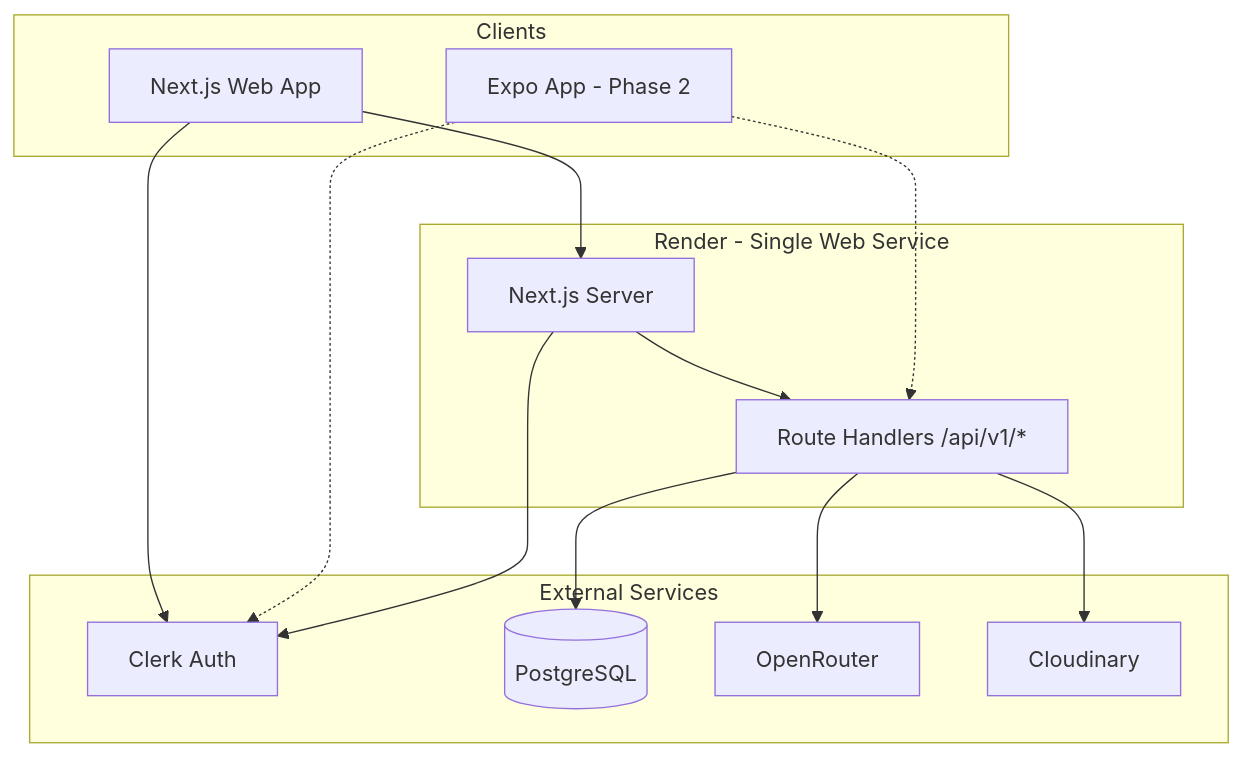
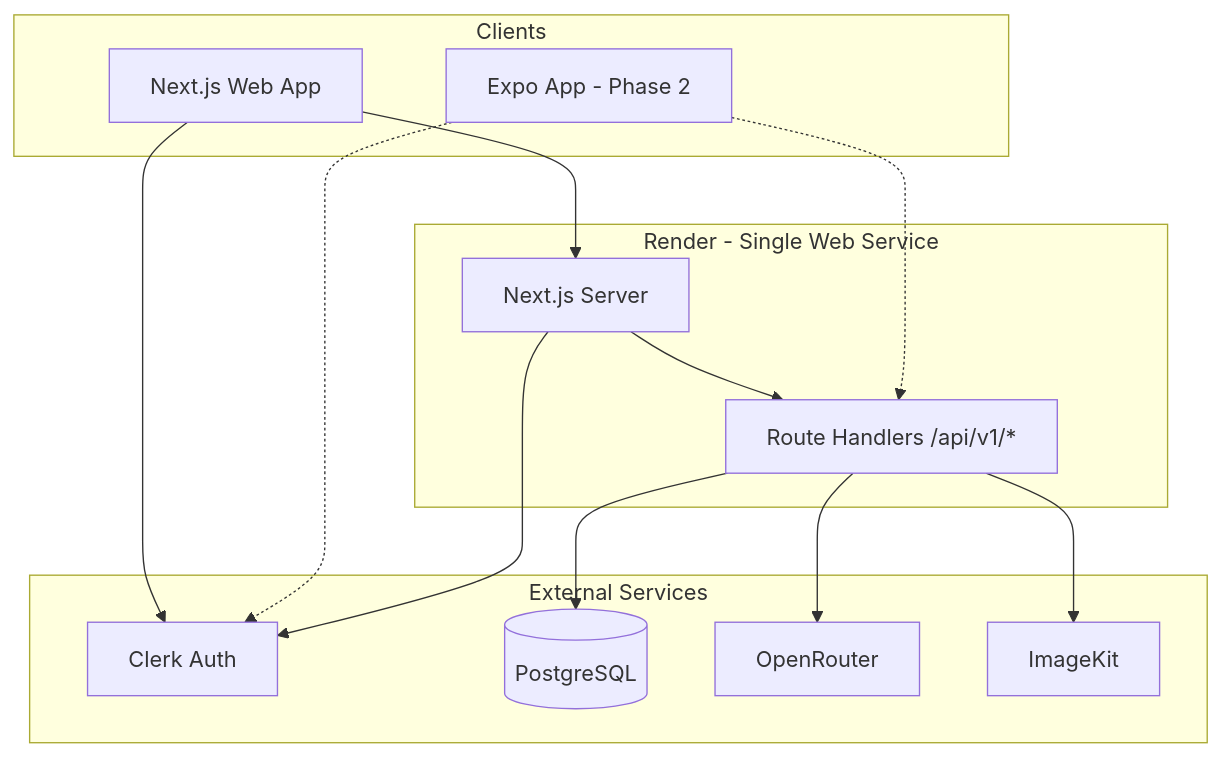
One commit to dhikshit250/PeakFit changed the first of 2 diagrams in docs/ARCHITECTURE.md. Above: the diagram before and after it, drawn with Mermaid. The commit also changed other lines of this file and 202 other files, not shown here.

````diff
--- a/docs/ARCHITECTURE.md
+++ b/docs/ARCHITECTURE.md
@@ -11,26 +11,26 @@
 ```mermaid
 flowchart TB
   subgraph clients [Clients]
     Web[Next.js Web App]
     Mobile[Expo App - Phase 2]
   end
   subgraph render [Render - Single Web Service]
     Next[Next.js Server]
     API[Route Handlers /api/v1/*]
     Next --> API
   end
   subgraph external [External Services]
     Clerk[Clerk Auth]
     PG[(PostgreSQL)]
     OR[OpenRouter]
-    CDN[Cloudinary]
+    CDN[ImageKit]
   end
   Web --> Next
   Mobile -.-> API
   Web --> Clerk
   Mobile -.-> Clerk
   API --> PG
   API --> OR
   API --> CDN
   Next --> Clerk
 ```
````
